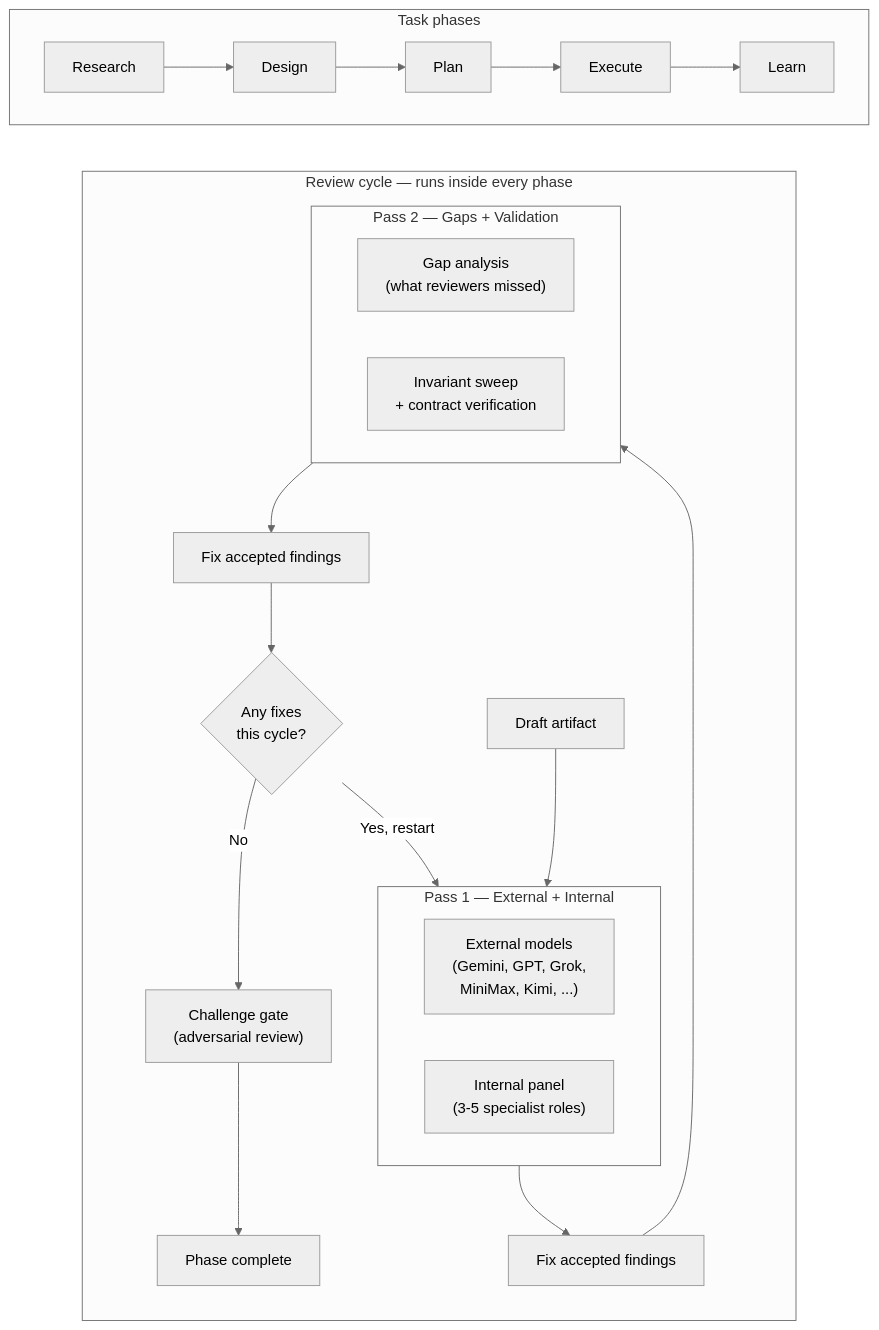
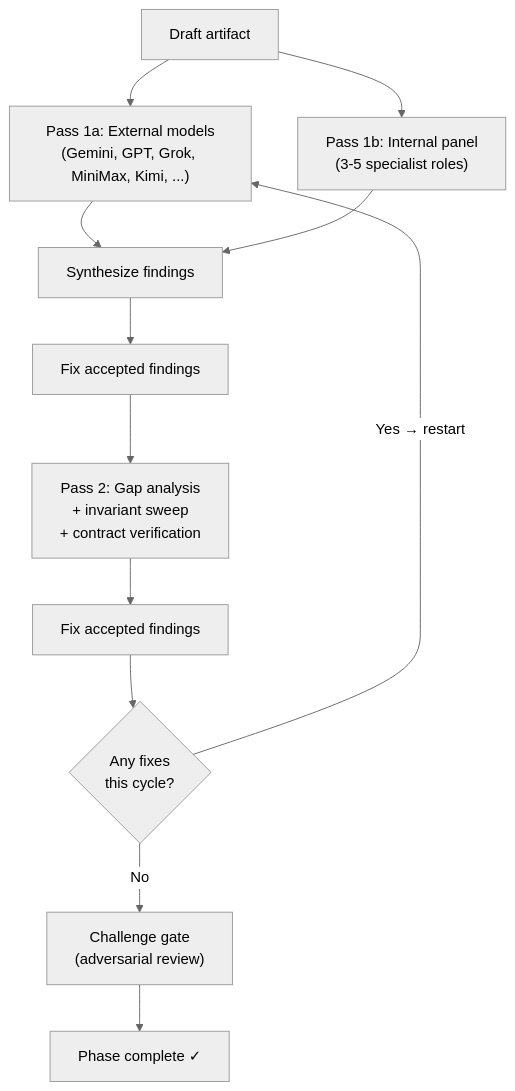
The second of 2 diagrams in README.md (tonfield/claude-phasebook), drawn with Mermaid (neutral theme) before and after one commit. The commit also changed other lines of this file, not shown here.

Commit message:
docs: move review diagram to review section, fix top-to-bottom ordering
Mermaid subgraphs with back-edges reversed the layout. Replaced with
flat nodes in declaration order — Pass 1 renders on top, Pass 2 below.
Phase flow diagram stays at top as a simple LR flowchart.

````diff
--- a/README.md
+++ b/README.md
@@ -5,35 +117,15 @@
 ```mermaid
-flowchart TB
-    subgraph phases [" Task phases "]
-        direction LR
-        R[Research] --> D[Design] --> P[Plan] --> E[Execute] --> L[Learn]
-    end
-
-    phases ~~~ cycle
-
-    subgraph cycle [" Review cycle — runs inside every phase "]
-        direction TB
-        Draft[Draft artifact] --> Pass1
-
-        subgraph Pass1 [" Pass 1 — External + Internal "]
-            direction LR
-            Ext["External models\n(Gemini, GPT, Grok,\nMiniMax, Kimi, ...)"]
-            Int["Internal panel\n(3-5 specialist roles)"]
-        end
-
-        Pass1 --> Fix1[Fix accepted findings]
-        Fix1 --> Pass2
-
-        subgraph Pass2 [" Pass 2 — Gaps + Validation "]
-            direction LR
-            Gaps["Gap analysis\n(what reviewers missed)"]
-            Inv["Invariant sweep\n+ contract verification"]
-        end
-
-        Pass2 --> Fix2[Fix accepted findings]
-        Fix2 --> Check{Any fixes\nthis cycle?}
-        Check -->|Yes, restart| Pass1
-        Check -->|No| CG["Challenge gate\n(adversarial review)"]
-        CG --> Done[Phase complete]
-    end
+flowchart TD
+    Draft[Draft artifact]
+    Draft --> Ext["Pass 1a: External models\n(Gemini, GPT, Grok, MiniMax, Kimi, ...)"]
+    Draft --> Int["Pass 1b: Internal panel\n(3-5 specialist roles)"]
+    Ext --> Synth[Synthesize findings]
+    Int --> Synth
+    Synth --> Fix1["Fix accepted findings"]
+    Fix1 --> Gaps["Pass 2: Gap analysis\n+ invariant sweep\n+ contract verification"]
+    Gaps --> Fix2["Fix accepted findings"]
+    Fix2 --> Check{Any fixes\nthis cycle?}
+    Check -->|"Yes → restart"| Ext
+    Check -->|No| CG["Challenge gate\n(adversarial review)"]
+    CG --> Done["Phase complete ✓"]
 ```
````
